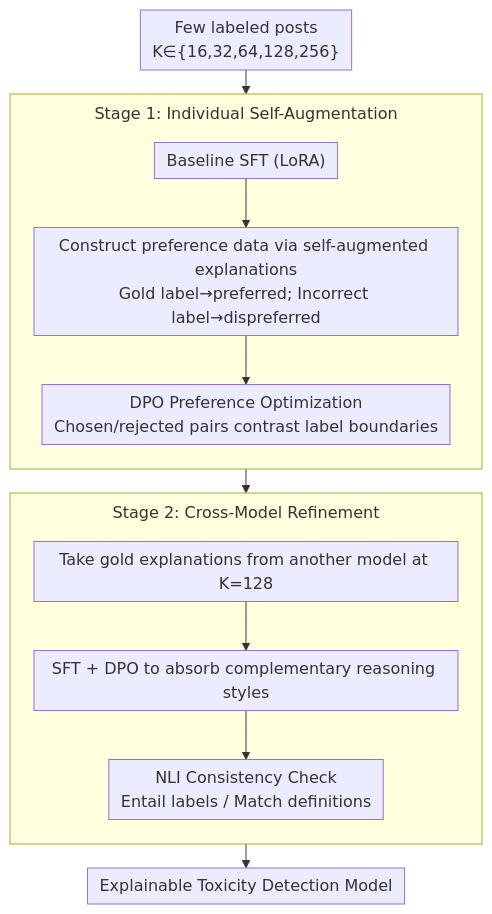
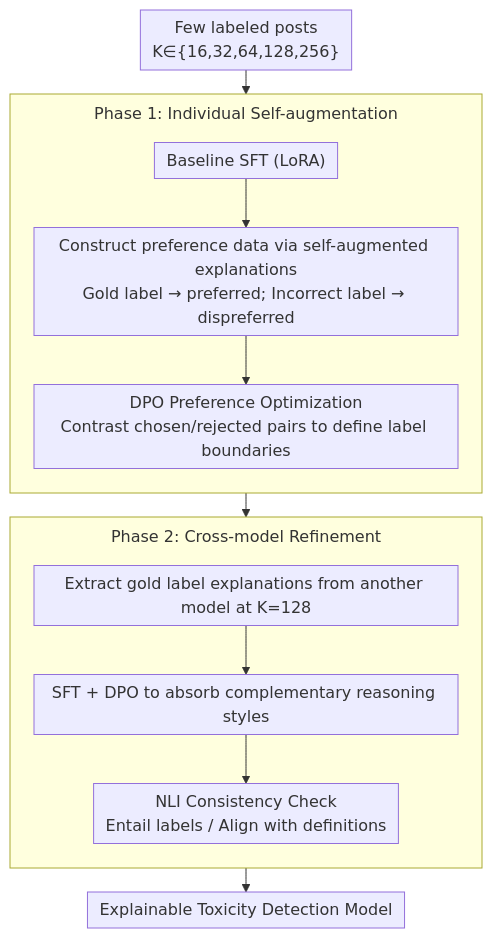
One commit to zhaoyang97/Paper-Notes-en changed the diagram in docs/ACL2026/social_computing/smarter_a_data-efficient_framework_to_improve_toxicity_detection_with_explanatio.md. Above: the diagram before and after it, drawn with Mermaid. The commit also changed other lines of this file and 5084 other files, not shown here.

````diff
--- a/docs/ACL2026/social_computing/smarter_a_data-efficient_framework_to_improve_toxicity_detection_with_explanatio.md
+++ b/docs/ACL2026/social_computing/smarter_a_data-efficient_framework_to_improve_toxicity_detection_with_explanatio.md
@@ -44,17 +44,17 @@
 ```mermaid
 %%{init: {'flowchart': {'rankSpacing': 24, 'nodeSpacing': 28, 'padding': 6, 'wrappingWidth': 400, 'subGraphTitleMargin': {'top': 8, 'bottom': 16}}}}%%
 flowchart TD
     A["Few labeled posts<br/>K∈{16,32,64,128,256}"] --> B["Baseline SFT (LoRA)"]
-    subgraph S1["Stage 1: Individual Self-Augmentation"]
+    subgraph S1["Phase 1: Individual Self-augmentation"]
         direction TB
-        B --> C["Construct preference data via self-augmented explanations<br/>Gold label→preferred; Incorrect label→dispreferred"]
-        C --> D["DPO Preference Optimization<br/>Chosen/rejected pairs contrast label boundaries"]
+        B --> C["Construct preference data via self-augmented explanations<br/>Gold label → preferred; Incorrect label → dispreferred"]
+        C --> D["DPO Preference Optimization<br/>Contrast chosen/rejected pairs to define label boundaries"]
     end
-    subgraph S2["Stage 2: Cross-Model Refinement"]
+    subgraph S2["Phase 2: Cross-model Refinement"]
         direction TB
-        E["Take gold explanations from another model at K=128"] --> F["SFT + DPO to absorb complementary reasoning styles"]
-        F --> G["NLI Consistency Check<br/>Entail labels / Match definitions"]
+        E["Extract gold label explanations from another model at K=128"] --> F["SFT + DPO to absorb complementary reasoning styles"]
+        F --> G["NLI Consistency Check<br/>Entail labels / Align with definitions"]
     end
     D --> E
     G --> H["Explainable Toxicity Detection Model"]
 ```
````
